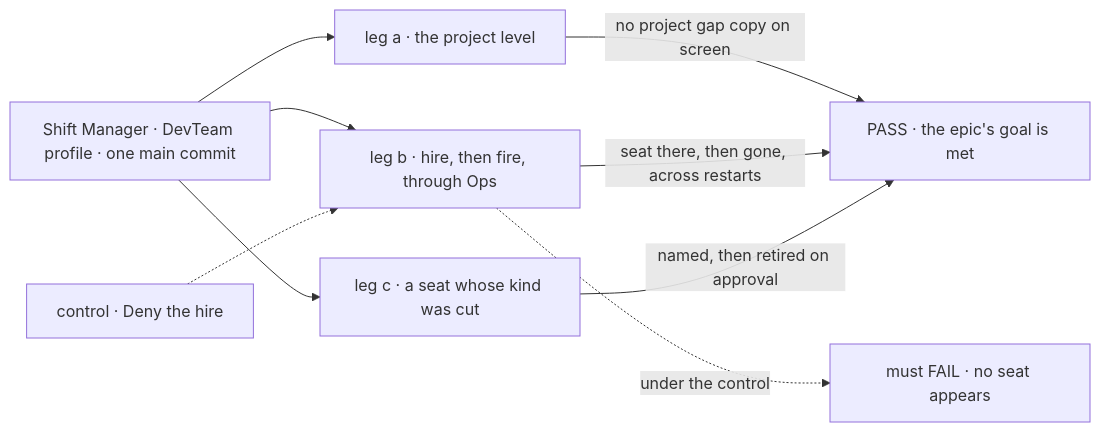
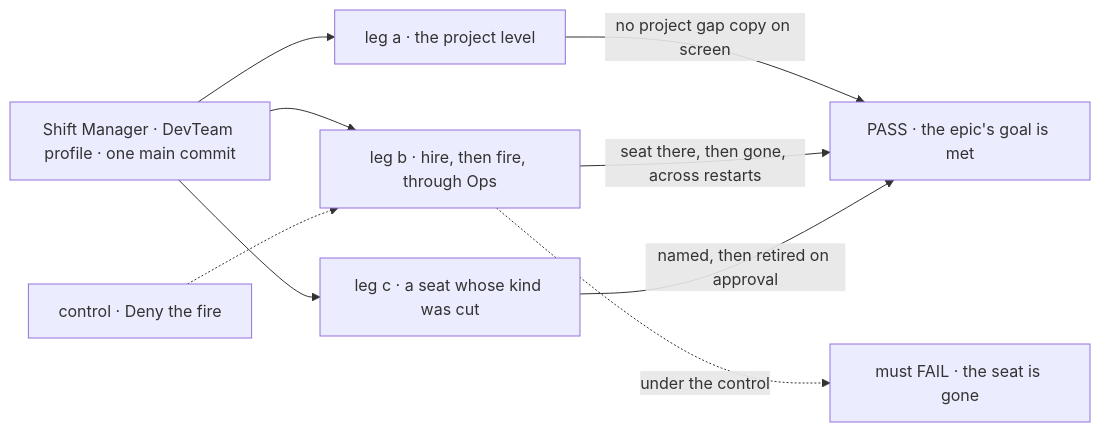
The first of 2 diagrams in specs/epics/FIX-1650/SPEC.md (fixpoint-labs/flow-state-dev), drawn with Mermaid before and after one commit. The commit also changed other lines of this file and 8 other files, not shown here.

````diff
--- a/specs/epics/FIX-1650/SPEC.md
+++ b/specs/epics/FIX-1650/SPEC.md
@@ -35,11 +35,11 @@
 ```mermaid
 flowchart LR
   A["Shift Manager · DevTeam profile · one main commit"] --> L1["leg a · the project level"]
   A --> L2["leg b · hire, then fire, through Ops"]
   A --> L3["leg c · a seat whose kind was cut"]
   L1 -->|"no project gap copy on screen"| P["PASS · the epic's goal is met"]
   L2 -->|"seat there, then gone, across restarts"| P
   L3 -->|"named, then retired on approval"| P
-  C["control · Deny the hire"] -.-> L2
-  L2 -.->|"under the control"| F["must FAIL · no seat appears"]
+  C["control · Deny the fire"] -.-> L2
+  L2 -.->|"under the control"| F["must FAIL · the seat is gone"]
 ```
````
